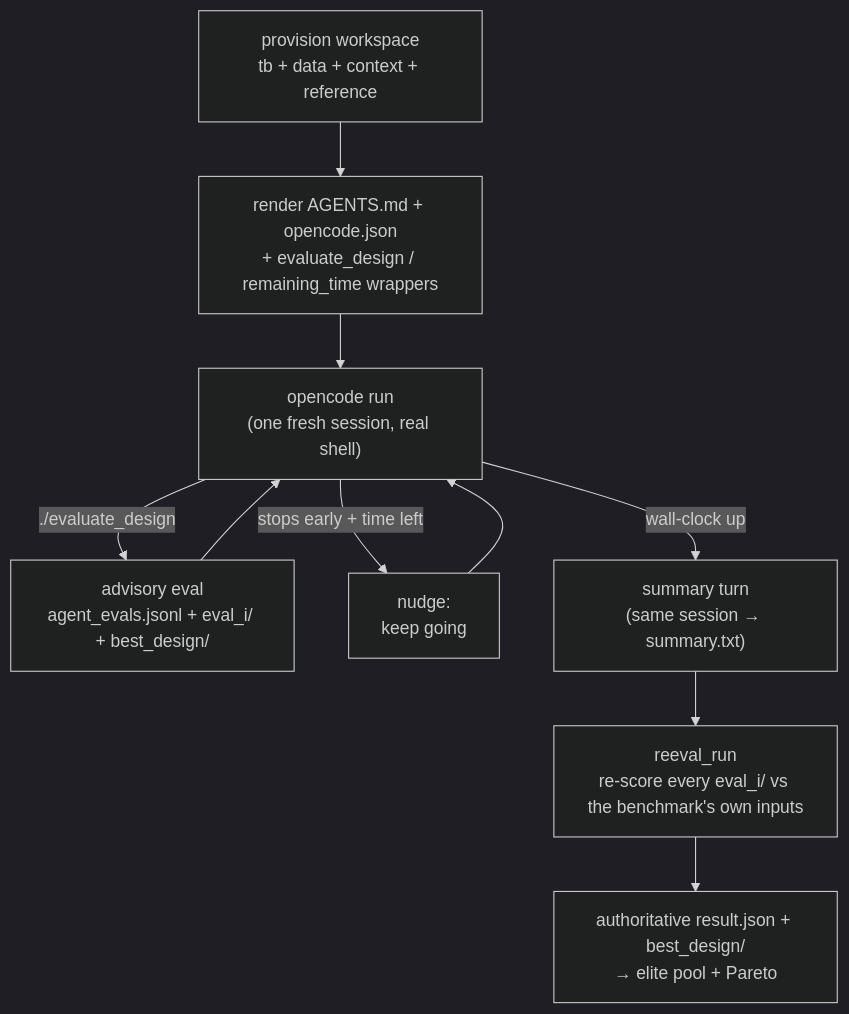
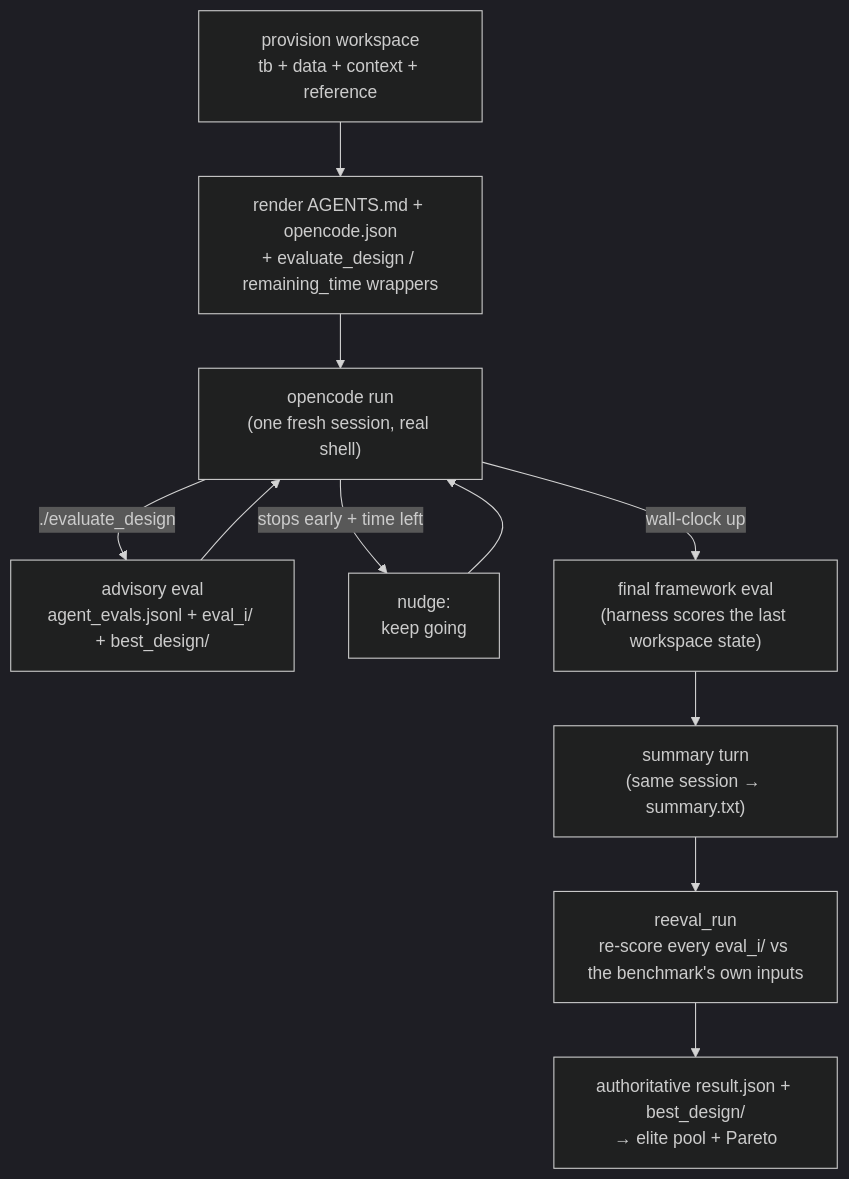
The second of 2 diagrams in README.md (huawei-csl/rtlscout), drawn with Mermaid (dark theme) before and after one commit. The commit also changed other lines of this file and 10 other files, not shown here.

````diff
--- a/README.md
+++ b/README.md
@@ -189,12 +189,13 @@
 ```mermaid
 flowchart TD
   PROV["provision workspace<br/>tb + data + context + reference"] --> REN["render AGENTS.md + opencode.json<br/>+ evaluate_design / remaining_time wrappers"]
   REN --> RUN["opencode run<br/>(one fresh session, real shell)"]
   RUN -->|"./evaluate_design"| ADV["advisory eval<br/>agent_evals.jsonl + eval_i/ + best_design/"]
   ADV --> RUN
   RUN -->|"stops early + time left"| NUDGE["nudge:<br/>keep going"]
   NUDGE --> RUN
-  RUN -->|"wall-clock up"| SUM["summary turn<br/>(same session &rarr; summary.txt)"]
+  RUN -->|"wall-clock up"| FEV["final framework eval<br/>(harness scores the last workspace state)"]
+  FEV --> SUM["summary turn<br/>(same session &rarr; summary.txt)"]
   SUM --> RV["reeval_run<br/>re-score every eval_i/ vs the benchmark's own inputs"]
   RV --> POOL["authoritative result.json + best_design/<br/>&rarr; elite pool + Pareto"]
 ```
````
